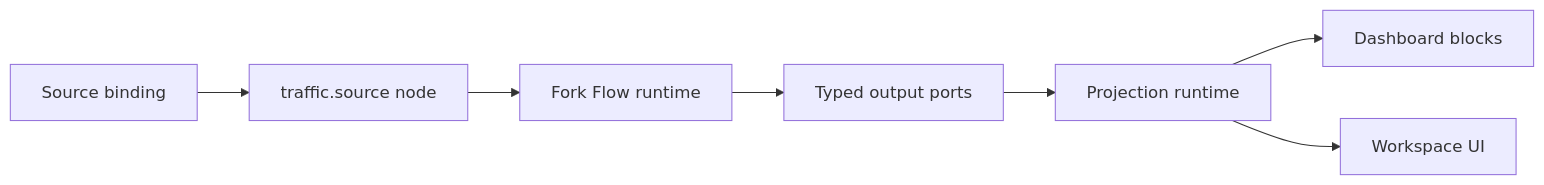
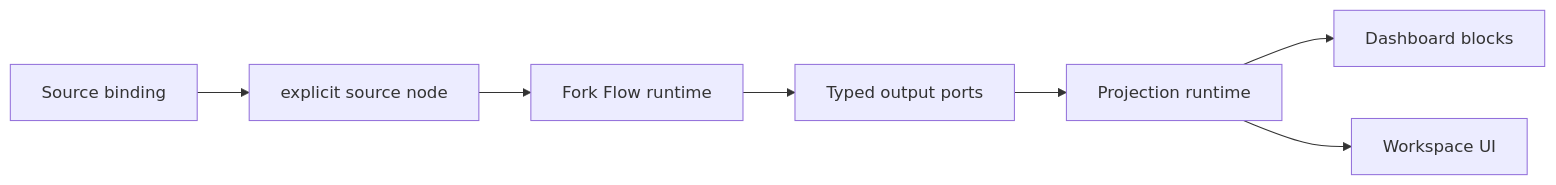
The fourth of 4 diagrams in docs/architecture.md (araxis/FluxMq), drawn with Mermaid before and after one commit. The commit also changed other lines of this file and 70 other files, not shown here.

````diff
--- a/docs/architecture.md
+++ b/docs/architecture.md
@@ -205,9 +205,9 @@
 ```mermaid
 flowchart LR
-    Binding["Source binding"] --> Source["traffic.source node"]
+    Binding["Source binding"] --> Source["explicit source node"]
     Source --> Runtime["Fork Flow runtime"]
     Runtime --> Ports["Typed output ports"]
     Ports --> Projections["Projection runtime"]
     Projections --> Dashboard["Dashboard blocks"]
     Projections --> UI["Workspace UI"]
 ```
````
